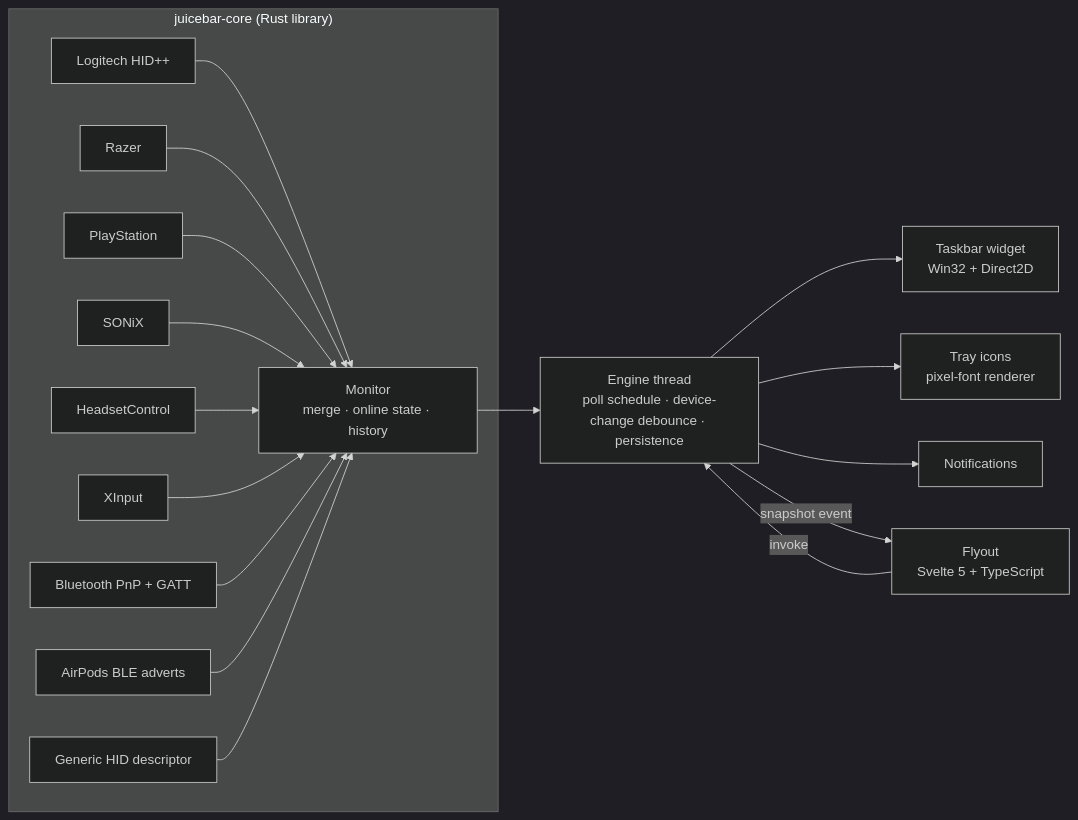
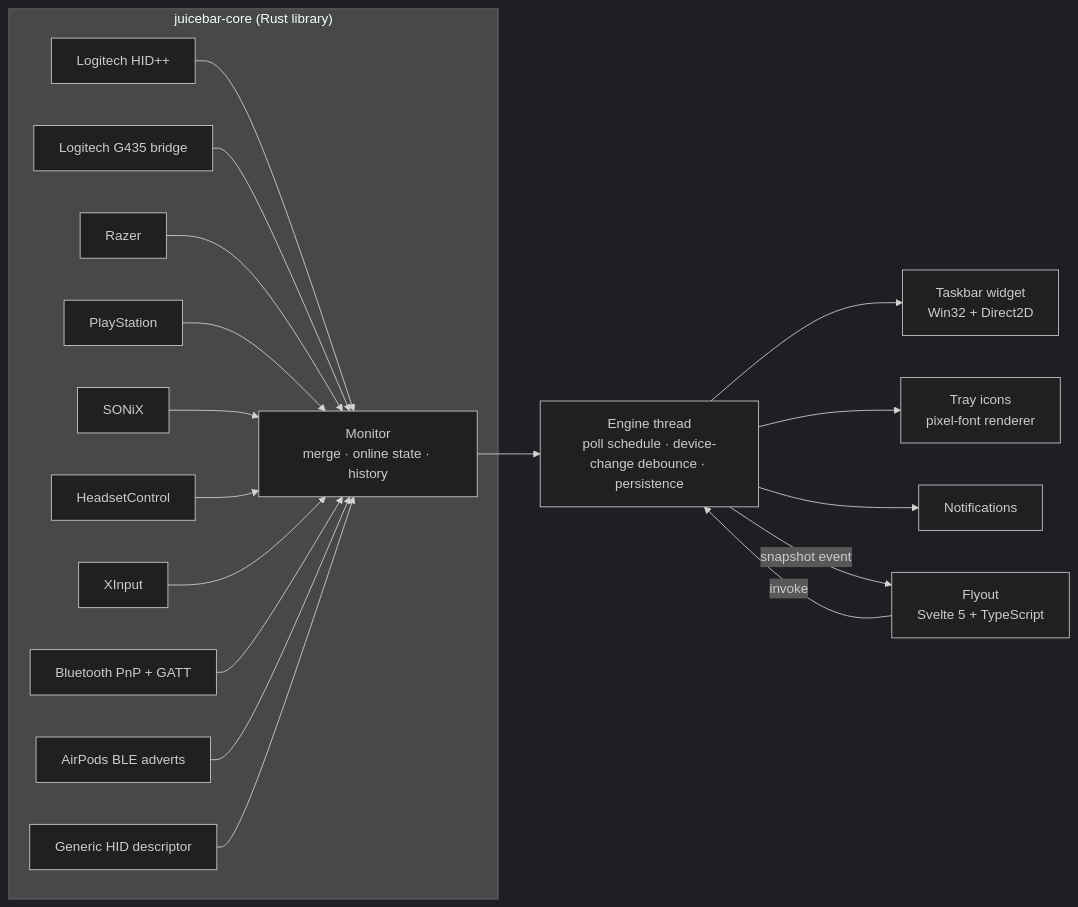
One commit to andrerafaelf/juicebar changed the diagram in README.md. Above: the diagram before and after it, drawn with Mermaid (dark theme). The commit also changed other lines of this file and 6 other files, not shown here.

````diff
--- a/README.md
+++ b/README.md
@@ -71,21 +103,22 @@
 ```mermaid
 flowchart LR
     subgraph core["juicebar-core (Rust library)"]
         P1[Logitech HID++] --> M
+        P0[Logitech G435 bridge] --> M
         P2[Razer] --> M
         P3[PlayStation] --> M
         P4[SONiX] --> M
         P5[HeadsetControl] --> M
         P6[XInput] --> M
         P7[Bluetooth PnP + GATT] --> M
         P8[AirPods BLE adverts] --> M
         P9[Generic HID descriptor] --> M
         M[Monitor<br/>merge · online state · history]
     end
     M --> E[Engine thread<br/>poll schedule · device-change debounce · persistence]
     E --> W[Taskbar widget<br/>Win32 + Direct2D]
     E --> T[Tray icons<br/>pixel-font renderer]
     E --> N[Notifications]
     E -- "snapshot" event --> UI[Flyout<br/>Svelte 5 + TypeScript]
     UI -- invoke --> E
 ```
````
